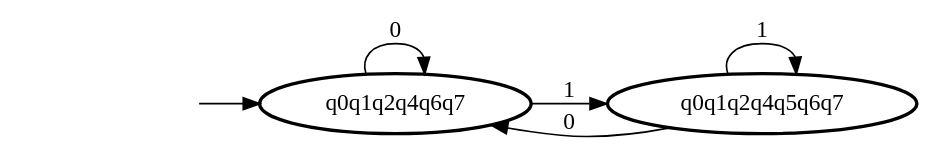
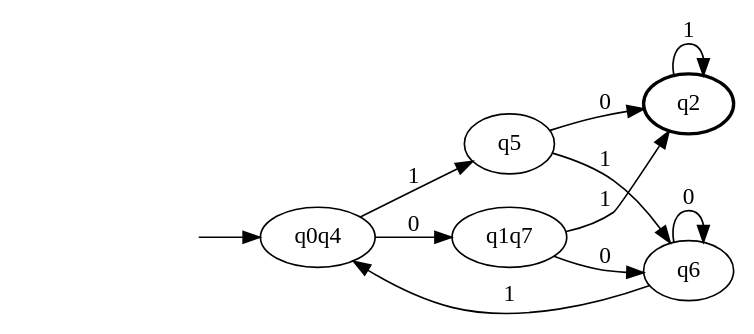
The diagram in P2/af11.dot (rafa9811/AUTLEN), drawn with Graphviz before and after one commit. The commit also changed 4 other files, not shown here.

```diff
--- a/P2/af11.dot
+++ b/P2/af11.dot
@@ -1,10 +1,18 @@
 digraph af11  { rankdir=LR;
 	_invisible [style="invis"];
-	q0q1q2q4q6q7 [penwidth="2"];
-	q0q1q2q4q5q6q7 [penwidth="2"];
-	_invisible -> q0q1q2q4q6q7 ;
-	q0q1q2q4q6q7 -> q0q1q2q4q6q7 [label="0"];
-	q0q1q2q4q6q7 -> q0q1q2q4q5q6q7 [label="1"];
-	q0q1q2q4q5q6q7 -> q0q1q2q4q6q7 [label="0"];
-	q0q1q2q4q5q6q7 -> q0q1q2q4q5q6q7 [label="1"];
+	q0q4;
+	q1q7;
+	q5;
+	q6;
+	q2 [penwidth="2"];
+	_invisible -> q0q4 ;
+	q0q4 -> q1q7 [label="0"];
+	q0q4 -> q5 [label="1"];
+	q1q7 -> q6 [label="0"];
+	q1q7 -> q2 [label="1"];
+	q5 -> q2 [label="0"];
+	q5 -> q6 [label="1"];
+	q6 -> q6 [label="0"];
+	q6 -> q0q4 [label="1"];
+	q2 -> q2 [label="1"];
 }
```
